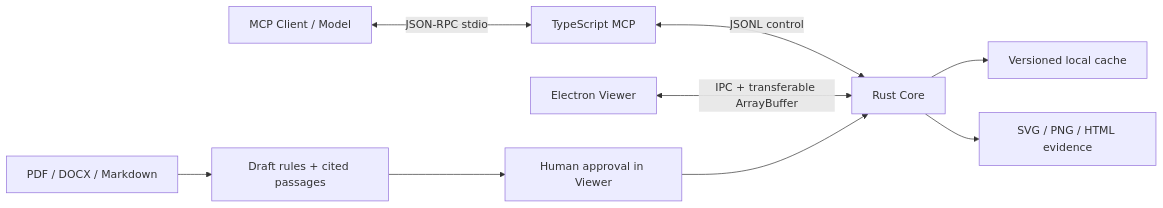
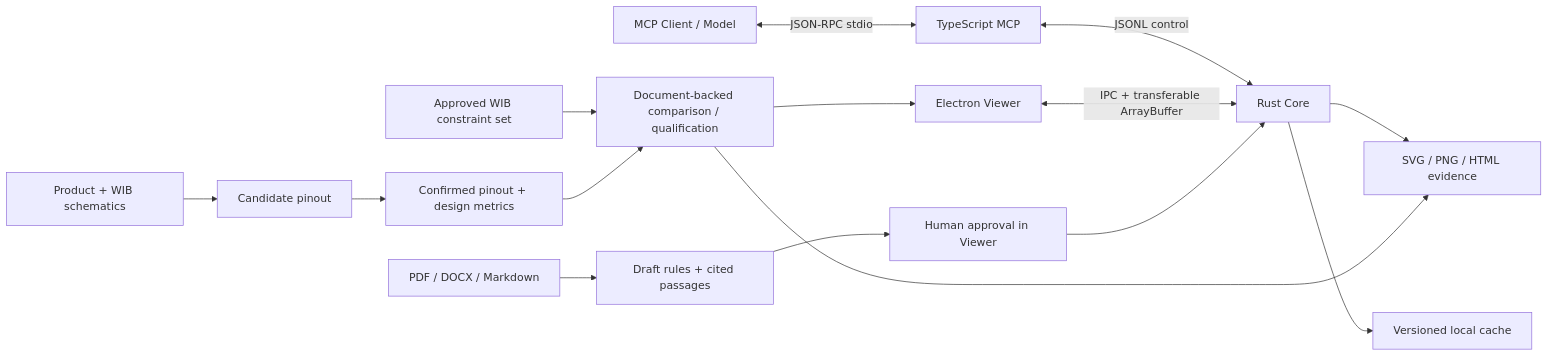
Before and after one commit to EurekaRaider/CircuitInspector: the diagram in docs/architecture.md, drawn with Mermaid. The commit also changed other lines of this file and 16 other files, not shown here.

Commit message:
Add WIB design qualification workflow

````diff
--- a/docs/architecture.md
+++ b/docs/architecture.md
@@ -3,11 +3,17 @@
 ```mermaid
 flowchart LR
   Client["MCP Client / Model"] <-->|"JSON-RPC stdio"| MCP["TypeScript MCP"]
   MCP <-->|"JSONL control"| Core["Rust Core"]
   Viewer["Electron Viewer"] <-->|"IPC + transferable ArrayBuffer"| Core
   Core --> Cache["Versioned local cache"]
   Core --> Evidence["SVG / PNG / HTML evidence"]
+  Schematics["Product + WIB schematics"] --> Pinout["Candidate pinout"]
+  Pinout --> Confirm["Confirmed pinout + design metrics"]
+  Constraints["Approved WIB constraint set"] --> DocAnalysis["Document-backed comparison / qualification"]
+  Confirm --> DocAnalysis
+  DocAnalysis --> Evidence
+  DocAnalysis --> Viewer
   Specs["PDF / DOCX / Markdown"] --> Draft["Draft rules + cited passages"]
   Draft --> Approval["Human approval in Viewer"]
   Approval --> Core
 ```
````
